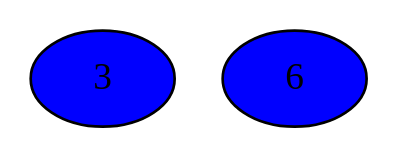
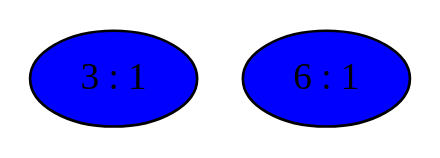
One commit to mbajaj92/Project-Astoria changed the diagram in Compiler/1iGraph.dot. Above: the diagram before and after it, drawn with Graphviz. The commit also changed 213 other files, not shown here.

```diff
--- a/Compiler/1iGraph.dot
+++ b/Compiler/1iGraph.dot
@@ -1,4 +1,4 @@
 strict graph {
-3[label="3" style=filled fillcolor="blue1"];
-6[label="6" style=filled fillcolor="blue1"];
+3[label="3 : 1" style=filled fillcolor="blue1"];
+6[label="6 : 1" style=filled fillcolor="blue1"];
 }
```
